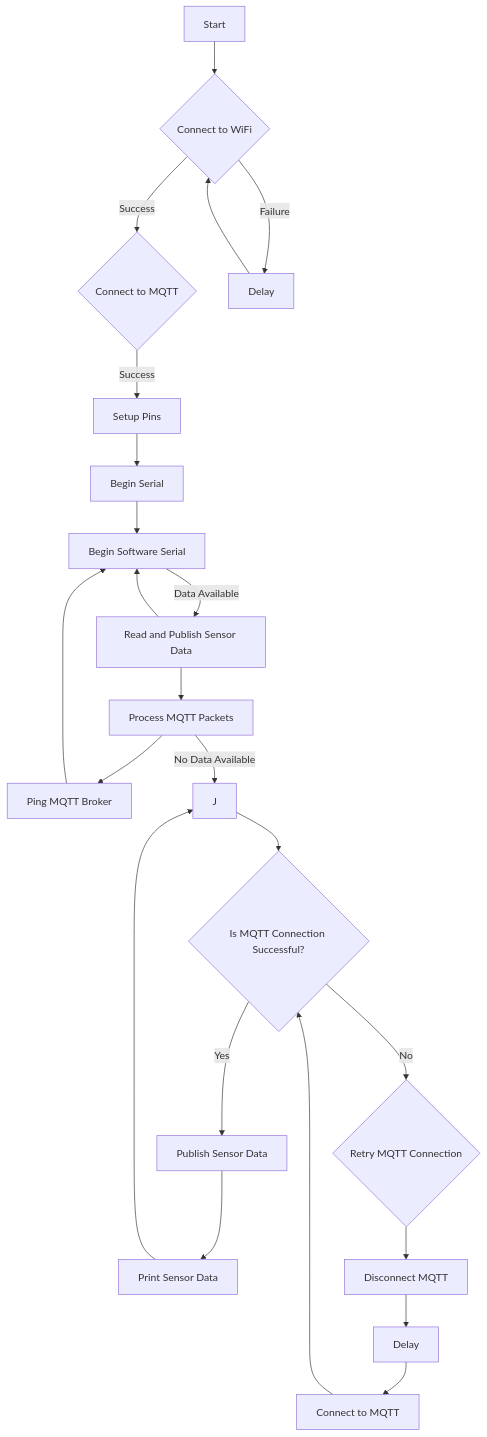
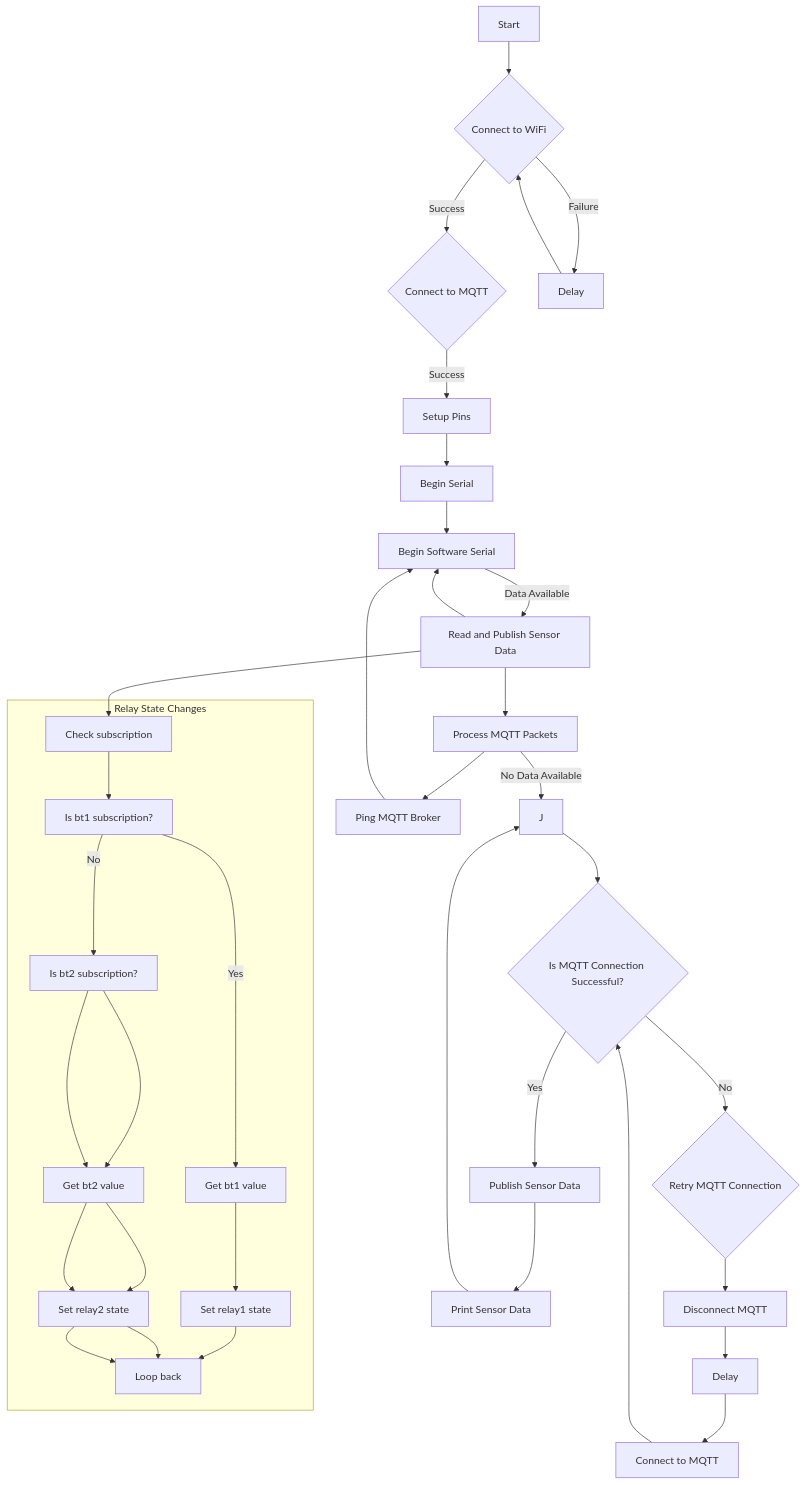
One commit to 1999AZZAR/Smart-Irrigation-System changed the diagram in code/advance/code2/adafruit_io/readme.md. Above: the diagram before and after it, drawn with Mermaid.

````diff
--- a/code/advance/code2/adafruit_io/readme.md
+++ b/code/advance/code2/adafruit_io/readme.md
@@ -35,25 +35,42 @@
 ```mermaid
 graph TD
   A[Start] --> B{Connect to WiFi}
   B --> |Success| C{Connect to MQTT}
   C --> |Success| D[Setup Pins]
   D --> E[Begin Serial]
   E --> F[Begin Software Serial]
   F --> |Data Available| G[Read and Publish Sensor Data]
   G --> H[Process MQTT Packets]
   H --> I[Ping MQTT Broker]
   I --> F
   G --> F
   H --> |No Data Available| J
   J --> K{Is MQTT Connection Successful?}
   K --> |Yes| L[Publish Sensor Data]
   L --> M[Print Sensor Data]
   M --> J
   K --> |No| N{Retry MQTT Connection}
   N --> O[Disconnect MQTT]
   O --> P[Delay]
   P --> Q[Connect to MQTT]
   Q --> K
   B --> |Failure| R[Delay]
   R --> B
+
+  subgraph Relay State Changes
+    A2[Check subscription]
+    B2[Is bt1 subscription?]
+    C2[Get bt1 value]
+    D2[Set relay1 state]
+    E2[Is bt2 subscription?]
+    F2[Get bt2 value]
+    G2[Set relay2 state]
+    H2[Loop back]
+  end
+
+  G --> A2
+  A2 --> B2
+  B2 -- Yes --> C2 --> D2 --> H2
+  B2 -- No --> E2 --> F2 --> G2 --> H2
+  E2 --> F2 --> G2 --> H2
 ```
````
